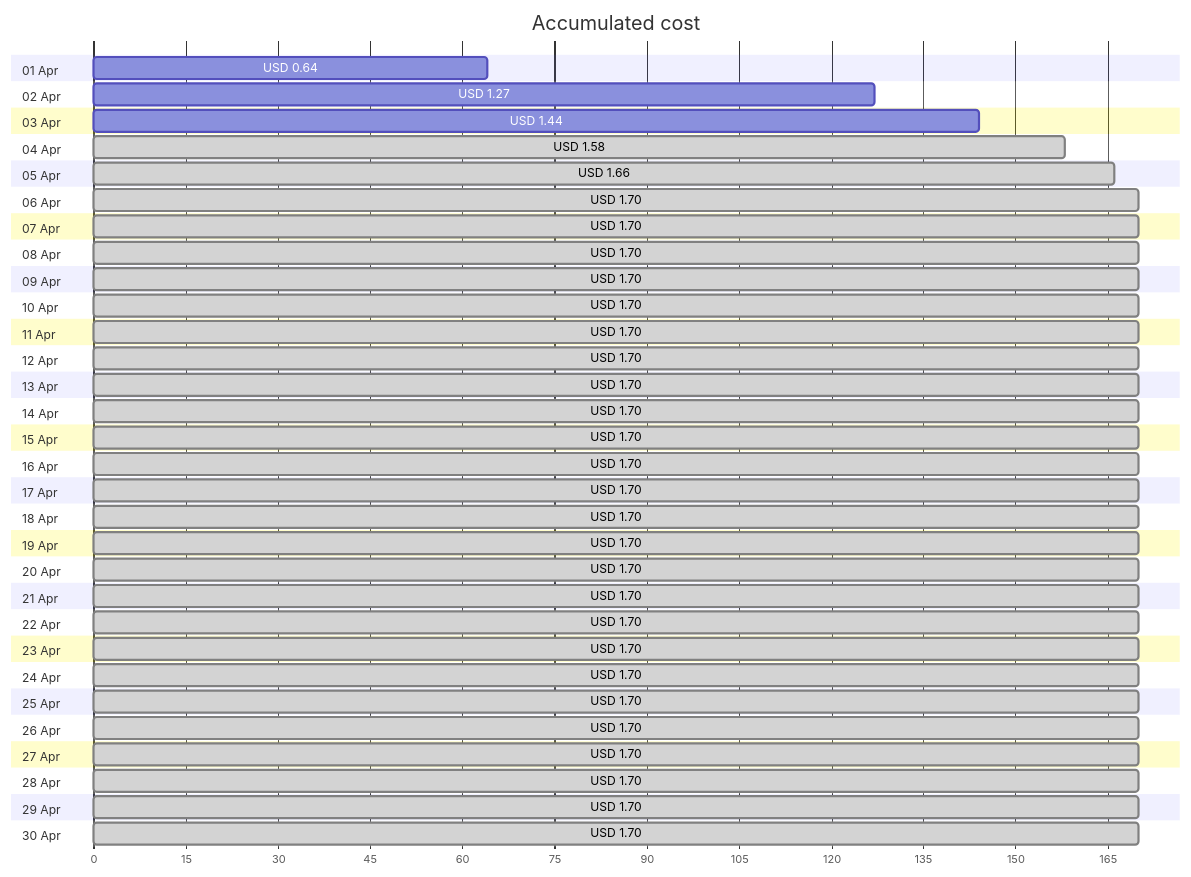
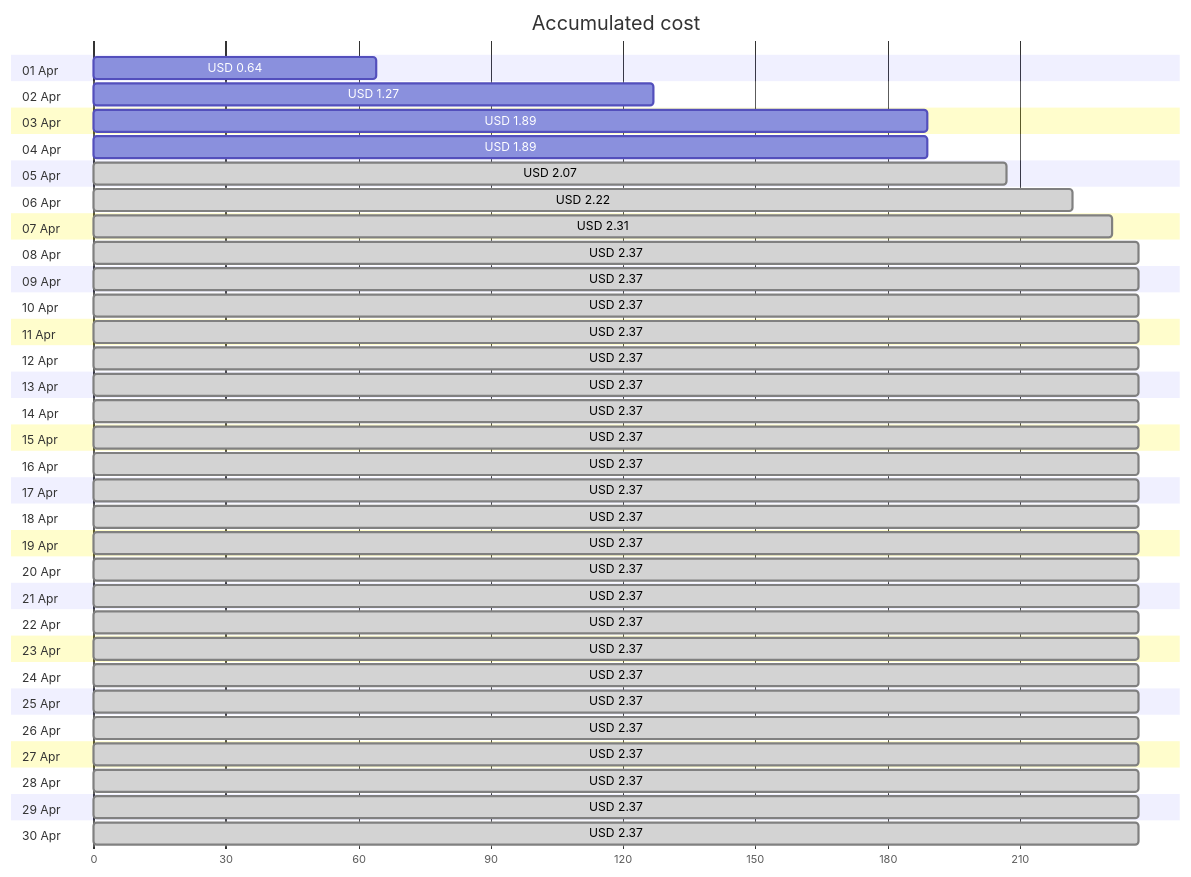
Before and after one commit to jpfulton/azure-personal-reports: the first of 4 diagrams in cost-reports/accumulated-cost.md, drawn with Mermaid. The commit also changed other lines of this file and 4 other files, not shown here.

````diff
--- a/cost-reports/accumulated-cost.md
+++ b/cost-reports/accumulated-cost.md
@@ -20,66 +20,66 @@
 ```mermaid
 gantt
    title Accumulated cost
    dateFormat  X
    axisFormat %s
    section 01 Apr
    USD 0.64 :0, 64
    section 02 Apr
    USD 1.27 :0, 127
    section 03 Apr
-   USD 1.44 :0, 144
+   USD 1.89 :0, 189
    section 04 Apr
-   USD 1.58 : done, 0, 158
+   USD 1.89 :0, 189
    section 05 Apr
-   USD 1.66 : done, 0, 166
+   USD 2.07 : done, 0, 207
    section 06 Apr
-   USD 1.70 : done, 0, 170
+   USD 2.22 : done, 0, 222
    section 07 Apr
-   USD 1.70 : done, 0, 170
+   USD 2.31 : done, 0, 231
    section 08 Apr
-   USD 1.70 : done, 0, 170
+   USD 2.37 : done, 0, 237
    section 09 Apr
-   USD 1.70 : done, 0, 170
+   USD 2.37 : done, 0, 237
    section 10 Apr
-   USD 1.70 : done, 0, 170
+   USD 2.37 : done, 0, 237
    section 11 Apr
-   USD 1.70 : done, 0, 170
+   USD 2.37 : done, 0, 237
    section 12 Apr
-   USD 1.70 : done, 0, 170
+   USD 2.37 : done, 0, 237
    section 13 Apr
-   USD 1.70 : done, 0, 170
+   USD 2.37 : done, 0, 237
    section 14 Apr
-   USD 1.70 : done, 0, 170
+   USD 2.37 : done, 0, 237
    section 15 Apr
-   USD 1.70 : done, 0, 170
+   USD 2.37 : done, 0, 237
    section 16 Apr
-   USD 1.70 : done, 0, 170
+   USD 2.37 : done, 0, 237
    section 17 Apr
-   USD 1.70 : done, 0, 170
+   USD 2.37 : done, 0, 237
    section 18 Apr
-   USD 1.70 : done, 0, 170
+   USD 2.37 : done, 0, 237
    section 19 Apr
-   USD 1.70 : done, 0, 170
+   USD 2.37 : done, 0, 237
    section 20 Apr
-   USD 1.70 : done, 0, 170
+   USD 2.37 : done, 0, 237
    section 21 Apr
-   USD 1.70 : done, 0, 170
+   USD 2.37 : done, 0, 237
    section 22 Apr
-   USD 1.70 : done, 0, 170
+   USD 2.37 : done, 0, 237
    section 23 Apr
-   USD 1.70 : done, 0, 170
+   USD 2.37 : done, 0, 237
    section 24 Apr
-   USD 1.70 : done, 0, 170
+   USD 2.37 : done, 0, 237
    section 25 Apr
-   USD 1.70 : done, 0, 170
+   USD 2.37 : done, 0, 237
    section 26 Apr
-   USD 1.70 : done, 0, 170
+   USD 2.37 : done, 0, 237
    section 27 Apr
-   USD 1.70 : done, 0, 170
+   USD 2.37 : done, 0, 237
    section 28 Apr
-   USD 1.70 : done, 0, 170
+   USD 2.37 : done, 0, 237
    section 29 Apr
-   USD 1.70 : done, 0, 170
+   USD 2.37 : done, 0, 237
    section 30 Apr
-   USD 1.70 : done, 0, 170
+   USD 2.37 : done, 0, 237
 ```
````
